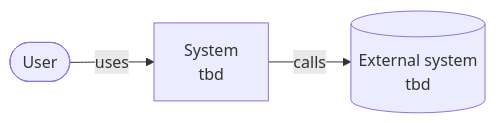
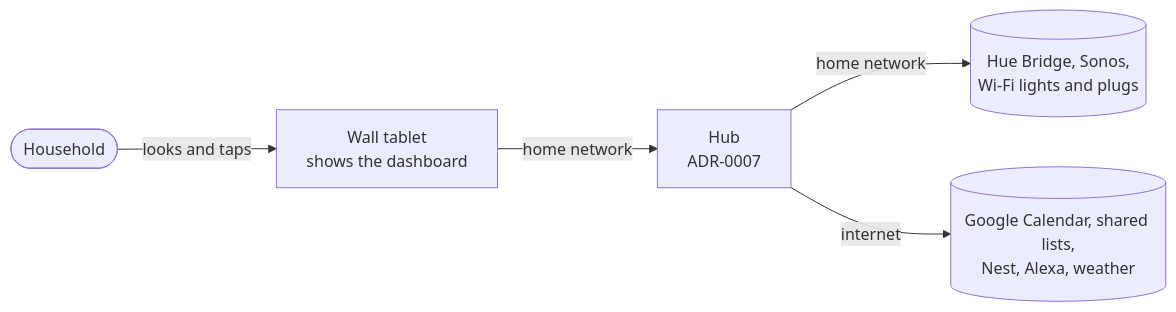
One commit to enricoag1982/homeDashboard changed the diagram in docs/architecture/README.md. Above: the diagram before and after it, drawn with Mermaid. The commit also changed other lines of this file and 20 other files, not shown here.

First line of the commit message:
Set up Home Dashboard and record the options research

````diff
--- a/docs/architecture/README.md
+++ b/docs/architecture/README.md
@@ -33,5 +35,7 @@
 ```mermaid
 flowchart LR
-    user([User]) -->|uses| system[System<br/>tbd]
-    system -->|calls| ext[(External system<br/>tbd)]
+    household([Household]) -->|looks and taps| tablet[Wall tablet<br/>shows the dashboard]
+    tablet -->|home network| hub[Hub<br/>ADR-0007]
+    hub -->|home network| local[(Hue Bridge, Sonos,<br/>Wi-Fi lights and plugs)]
+    hub -->|internet| cloud[(Google Calendar, shared lists,<br/>Nest, Alexa, weather)]
 ```
````
